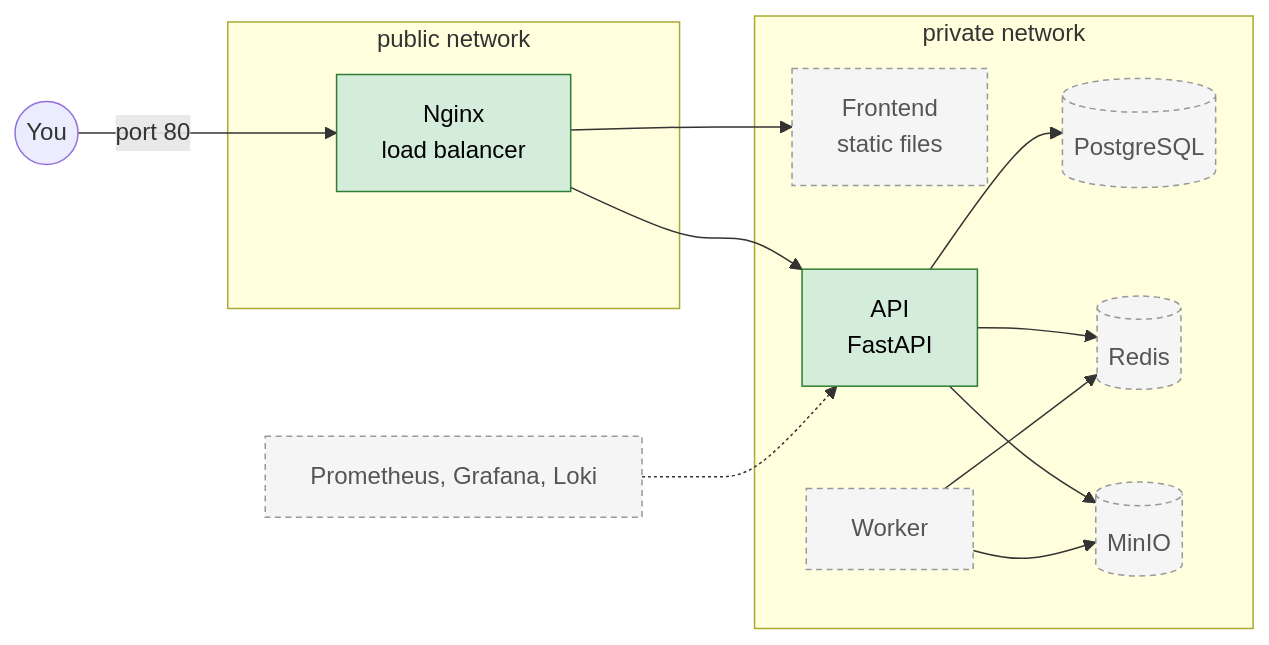
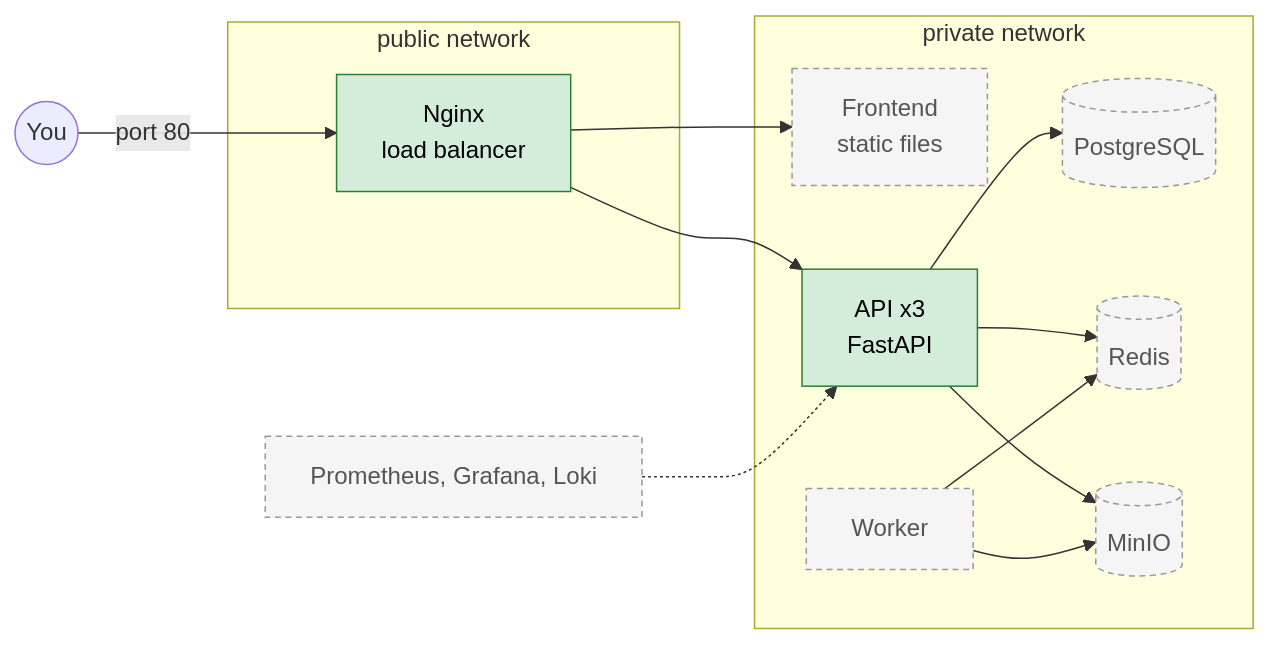
Before and after one commit to moncef2k/aws-local-lab: the diagram in README.md, drawn with Mermaid. The commit also changed other lines of this file and 2 other files, not shown here.

First line of the commit message:
AWSLAB-23 docs: lab 02 step 5 - three API replicas

````diff
--- a/README.md
+++ b/README.md
@@ -23,24 +23,24 @@
 ```mermaid
 flowchart LR
   you((You)) -->|port 80| lb[Nginx<br/>load balancer]
   subgraph public[public network]
     lb
   end
   subgraph private[private network]
     fe[Frontend<br/>static files]
-    api[API<br/>FastAPI]
+    api[API x3<br/>FastAPI]
     worker[Worker]
     db[(PostgreSQL)]
     cache[(Redis)]
     s3[(MinIO)]
   end
   lb --> api
   lb --> fe
   api --> db & cache & s3
   worker --> cache & s3
   mon[Prometheus, Grafana, Loki] -.-> api
   classDef built fill:#d4edda,stroke:#2e7d32,color:#000
   classDef planned fill:#f5f5f5,stroke:#999,stroke-dasharray:4 3,color:#555
   class api,lb built
   class fe,worker,db,cache,s3,mon planned
 ```
````
